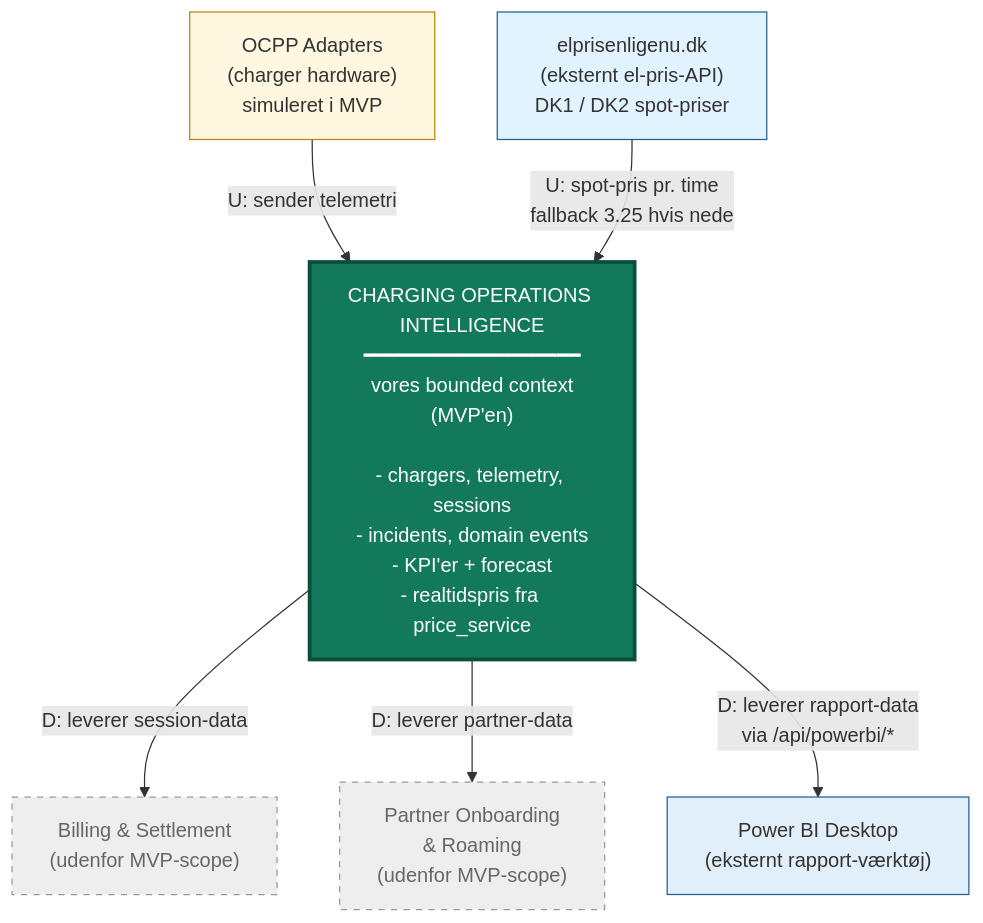
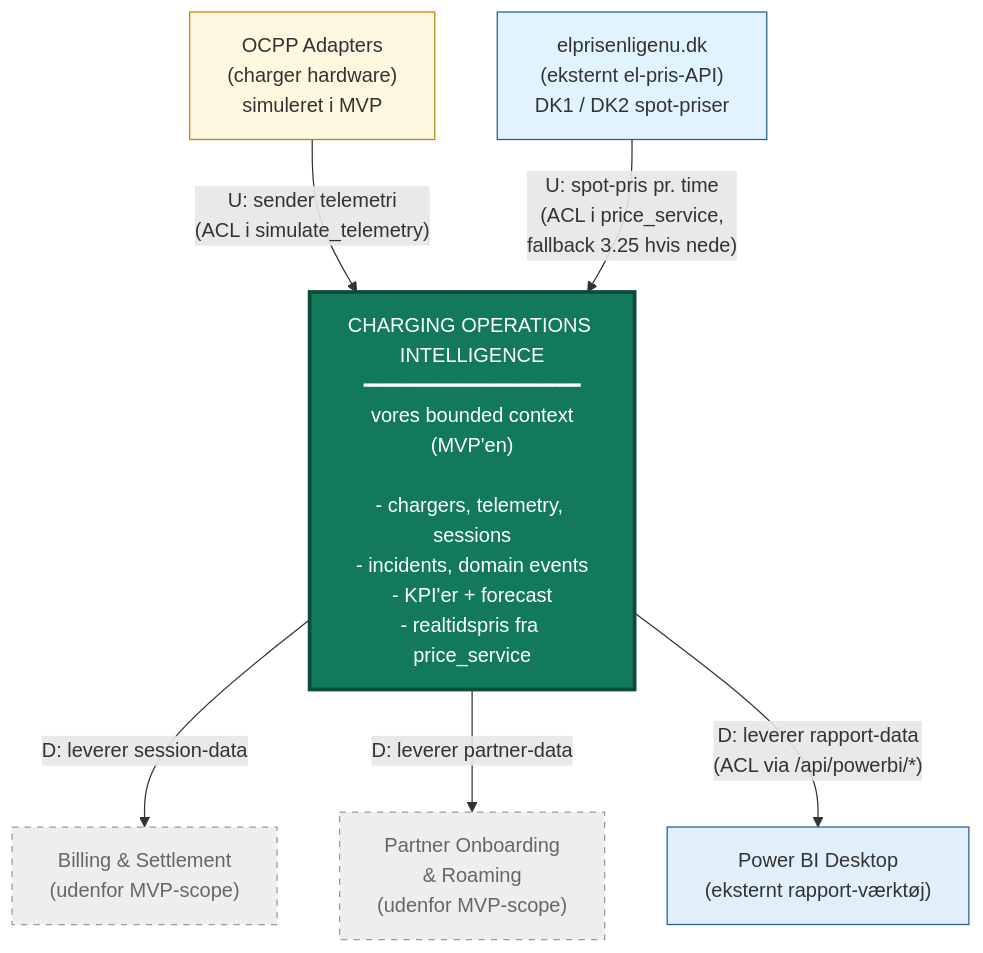
The diagram in docs/BOUNDED-CONTEXT-MAP.md (SebastianZiti/voltedge-mvp), drawn with Mermaid before and after one commit. The commit also changed other lines of this file and 1 other file, not shown here.

First line of the commit message:
docs+tools: update context map and ER diagram helper

````diff
--- a/docs/BOUNDED-CONTEXT-MAP.md
+++ b/docs/BOUNDED-CONTEXT-MAP.md
@@ -82,24 +98,24 @@
 ```mermaid
 graph TB
     OCPP["OCPP Adapters<br/>(charger hardware)<br/>simuleret i MVP"]
     ELPRIS["elprisenligenu.dk<br/>(eksternt el-pris-API)<br/>DK1 / DK2 spot-priser"]
 
     MVP["CHARGING OPERATIONS INTELLIGENCE<br/>━━━━━━━━━━━━━━━━━━<br/>vores bounded context<br/>(MVP'en)<br/><br/>- chargers, telemetry, sessions<br/>- incidents, domain events<br/>- KPI'er + forecast<br/>- realtidspris fra price_service"]
 
     BILL["Billing & Settlement<br/>(udenfor MVP-scope)"]
     PART["Partner Onboarding<br/>& Roaming<br/>(udenfor MVP-scope)"]
     PBI["Power BI Desktop<br/>(eksternt rapport-værktøj)"]
 
-    OCPP -->|U: sender telemetri| MVP
-    ELPRIS -->|U: spot-pris pr. time<br/>fallback 3.25 hvis nede| MVP
+    OCPP -->|"U: sender telemetri<br/>(ACL i simulate_telemetry)"| MVP
+    ELPRIS -->|"U: spot-pris pr. time<br/>(ACL i price_service,<br/>fallback 3.25 hvis nede)"| MVP
     MVP -->|D: leverer session-data| BILL
     MVP -->|D: leverer partner-data| PART
-    MVP -->|D: leverer rapport-data<br/>via /api/powerbi/*| PBI
+    MVP -->|"D: leverer rapport-data<br/>(ACL via /api/powerbi/*)"| PBI
 
     style MVP fill:#13795b,color:#fff,stroke:#0a4d3a,stroke-width:3px
     style OCPP fill:#fff7e0,stroke:#b8860b
     style ELPRIS fill:#e1f3ff,stroke:#245f93
     style BILL fill:#eee,color:#666,stroke:#999,stroke-dasharray:5
     style PART fill:#eee,color:#666,stroke:#999,stroke-dasharray:5
     style PBI fill:#e1effb,stroke:#245f93
 ```
````
